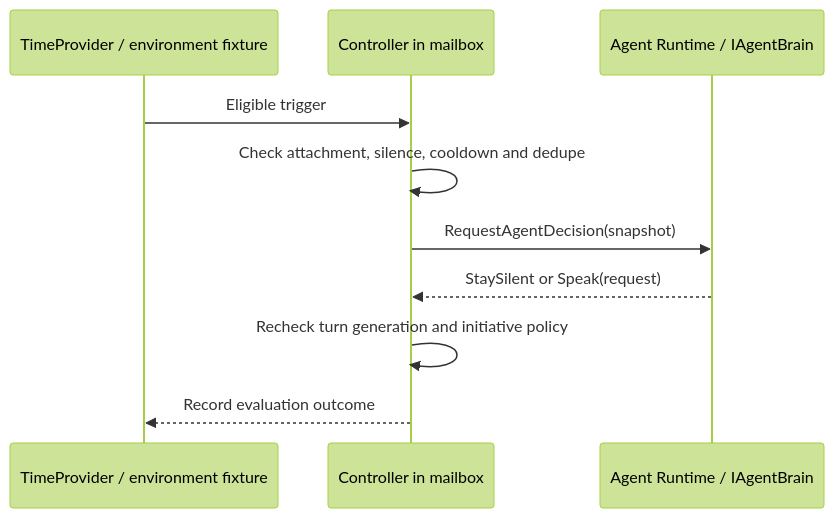
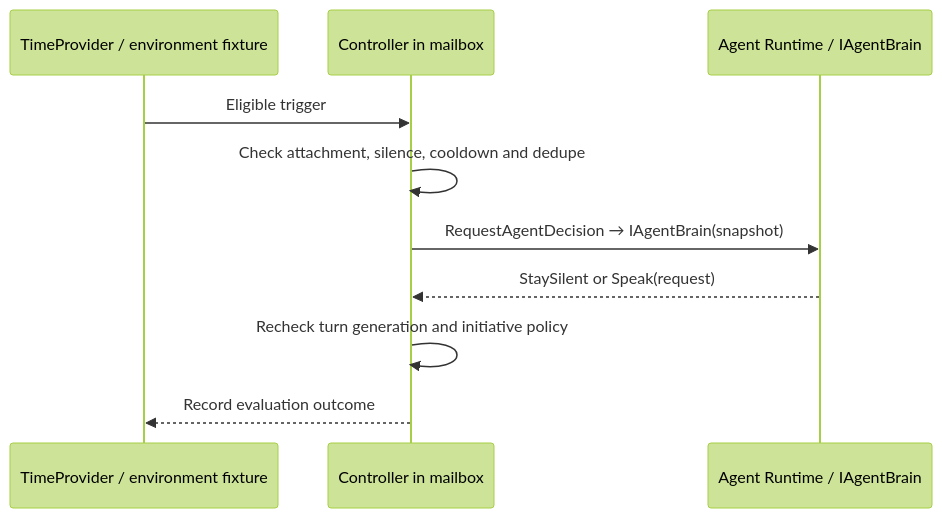
Before and after one commit to trannamtrung1st/agent-core: the third of 3 diagrams in docs/05-interaction-controller.md, drawn with Mermaid (forest theme). The commit also changed other lines of this file and 33 other files, not shown here.

````diff
--- a/docs/05-interaction-controller.md
+++ b/docs/05-interaction-controller.md
@@ -115,12 +140,12 @@
 ```mermaid
 sequenceDiagram
     participant T as TimeProvider / environment fixture
     participant C as Controller in mailbox
     participant A as Agent Runtime / IAgentBrain
     T->>C: Eligible trigger
     C->>C: Check attachment, silence, cooldown and dedupe
-    C->>A: RequestAgentDecision(snapshot)
+    C->>A: RequestAgentDecision → IAgentBrain(snapshot)
     A-->>C: StaySilent or Speak(request)
     C->>C: Recheck turn generation and initiative policy
     C-->>T: Record evaluation outcome
 ```
````
